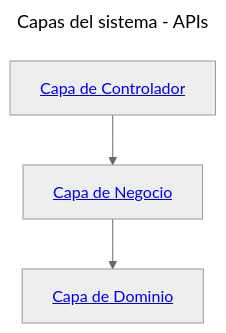
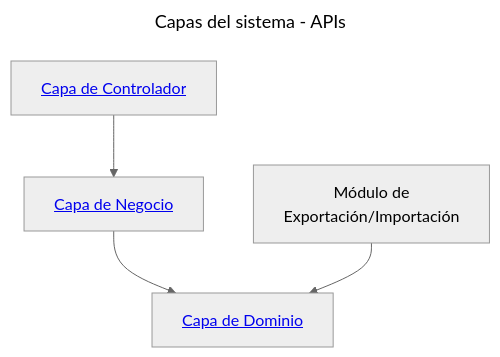
Before and after one commit to IvanciniGT/appDiccionarios: the diagram in README.md, drawn with Mermaid (neutral theme). The commit also changed 1 other file, not shown here.

Commit message:
Alta del proyecto

````diff
--- a/README.md
+++ b/README.md
@@ -23,11 +23,12 @@
 ```mermaid
 ---
 title: Capas del sistema - APIs
 ---
 graph TD
 
     B[<a href="https://github.com/IvanciniGT/appDiccionarios/blob/master/capa-controlador.md">Capa de Controlador</a>]
     B -->C[<a href="https://github.com/IvanciniGT/appDiccionarios/blob/master/capa-servicio.md">Capa de Negocio</a>]
     C -->D[<a href="https://github.com/IvanciniGT/appDiccionarios/blob/master/capa-dominio.md">Capa de Dominio</a>]
+    E[Módulo de <BR>Exportación/Importación] --> D
 
 ```
````
